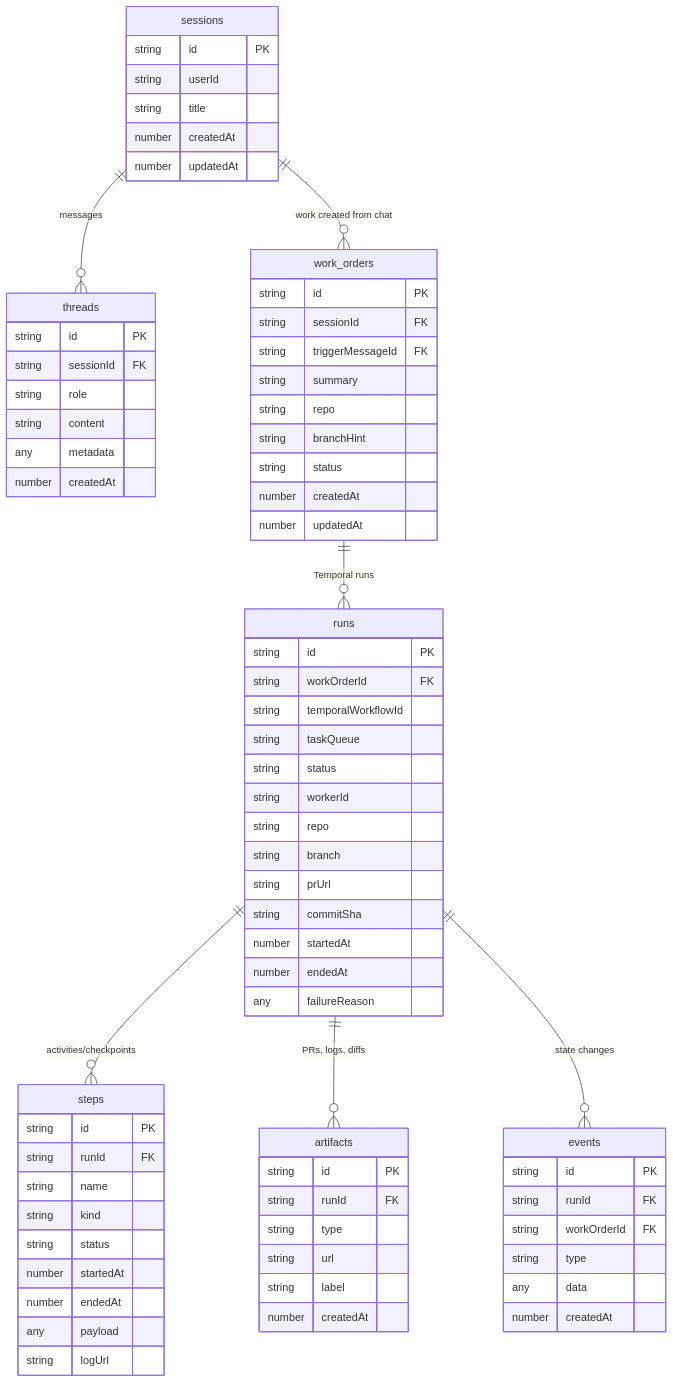
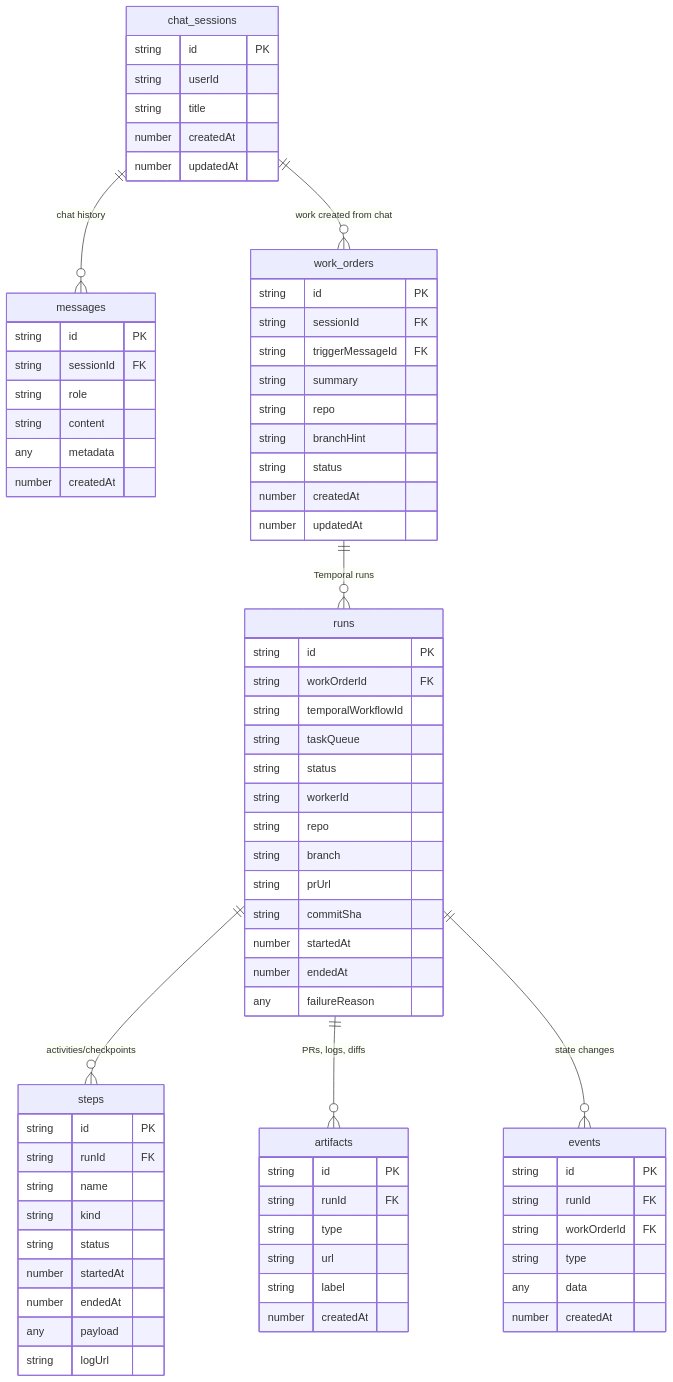
One commit to proompteng/lab changed the diagram in docs/jangar/persistence.md. Above: the diagram before and after it, drawn with Mermaid.

Commit message:
docs: rename conversations to chat_sessions/messages in persistence map

````diff
--- a/docs/jangar/persistence.md
+++ b/docs/jangar/persistence.md
@@ -32,6 +32,6 @@
 ```mermaid
 erDiagram
-  sessions {
+  chat_sessions {
     string id PK
     string userId
     string title
@@ -39,7 +39,7 @@
     number updatedAt
   }
 
-  threads {
+  messages {
     string id PK
     string sessionId FK
     string role
@@ -106,8 +106,8 @@
     number createdAt
   }
 
-  sessions ||--o{ threads : "messages"
-  sessions ||--o{ work_orders : "work created from chat"
+  chat_sessions ||--o{ messages : "chat history"
+  chat_sessions ||--o{ work_orders : "work created from chat"
   work_orders ||--o{ runs : "Temporal runs"
   runs ||--o{ steps : "activities/checkpoints"
   runs ||--o{ artifacts : "PRs, logs, diffs"
````
